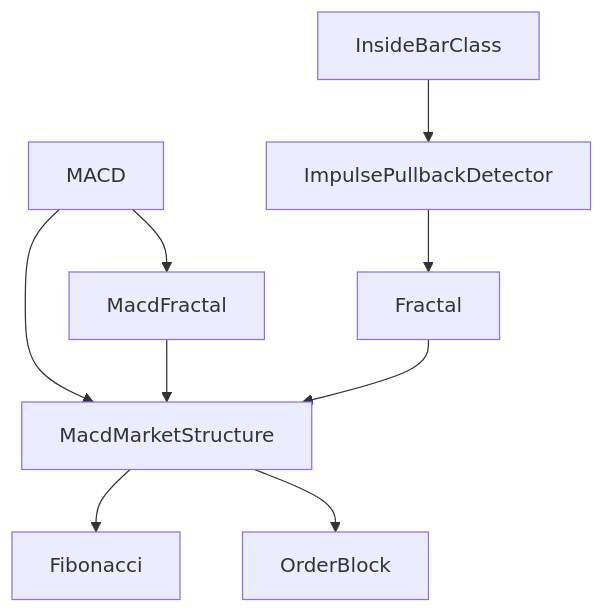
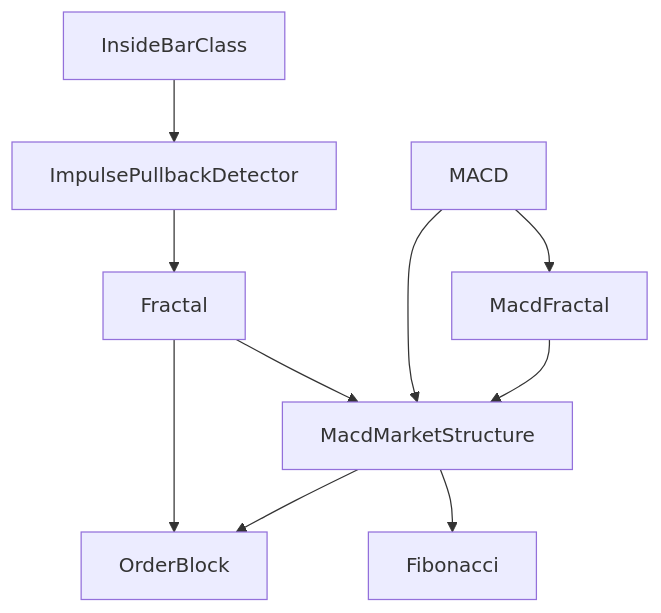
One commit to haza79/MT5-Smart-Money-Concept-Indicator changed the diagram in README.md. Above: the diagram before and after it, drawn with Mermaid.

````diff
--- a/README.md
+++ b/README.md
@@ -9,11 +9,12 @@
 ```mermaid
 graph TD;
     InsideBarClass-->ImpulsePullbackDetector;
     ImpulsePullbackDetector-->Fractal;
     MACD-->MacdFractal;
     MACD-->MacdMarketStructure;
     MacdFractal-->MacdMarketStructure;
     Fractal-->MacdMarketStructure;
+    Fractal-->OrderBlock;
     MacdMarketStructure-->Fibonacci;
     MacdMarketStructure-->OrderBlock;
 ```
````
